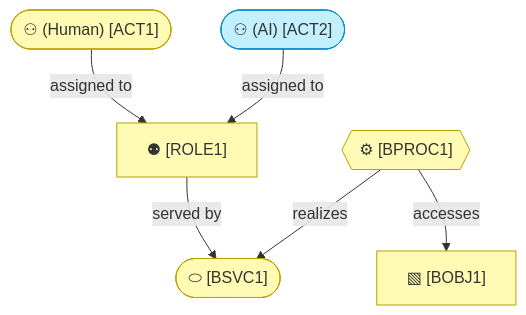
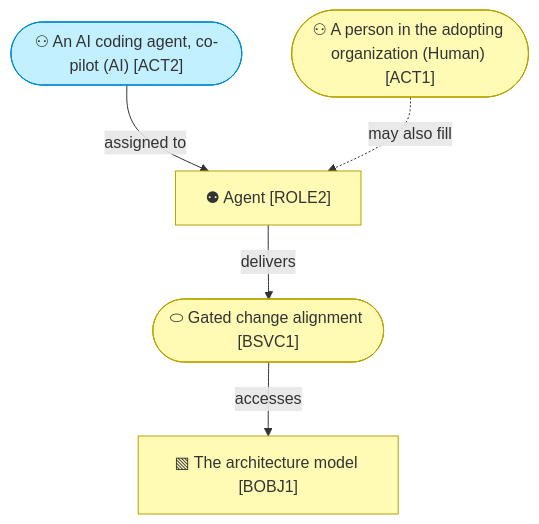
Before and after one commit to roanboc/architecture-archreator: the diagram in product-archreator/architecture/2_business/README.md, drawn with Mermaid. The commit also changed other lines of this file and 4 other files, not shown here.

First line of the commit message:
feat: who does what, what is offered, and the rules that bind it

````diff
--- a/product-archreator/architecture/2_business/README.md
+++ b/product-archreator/architecture/2_business/README.md
@@ -82,18 +63,16 @@
 ```mermaid
 flowchart TB
-  actorH(["⚇ <Who> (Human) [ACT1]"]):::business
-  actorAI(["⚇ <Who, and at what autonomy> (AI) [ACT2]"]):::application
-  role["⚉ <Role they play> [ROLE1]"]:::business
-  svc(["⬭ <What's offered> [BSVC1]"]):::business
-  proc{{"⚙ <How it's delivered> [BPROC1]"}}:::business
-  obj["▧ <What's handled> [BOBJ1]"]:::business
+  actorH(["⚇ A person in the adopting organization (Human) [ACT1]"]):::business
+  actorAI(["⚇ An AI coding agent, co-pilot (AI) [ACT2]"]):::application
+  role["⚉ Agent [ROLE2]"]:::business
+  svc(["⬭ Gated change alignment [BSVC1]"]):::business
+  obj["▧ The architecture model [BOBJ1]"]:::business
 
-  actorH -->|assigned to| role
   actorAI -->|assigned to| role
-  role -->|served by| svc
-  proc -->|realizes| svc
-  proc -->|accesses| obj
+  actorH -.->|may also fill| role
+  role -->|delivers| svc
+  svc -->|accesses| obj
 
   classDef business fill:#fffbb5,stroke:#b8a200,color:#333
   classDef application fill:#c2f0ff,stroke:#0288d1,color:#333
 ```
````
